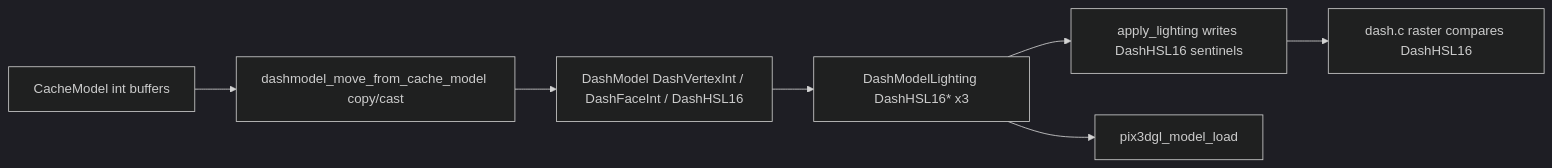
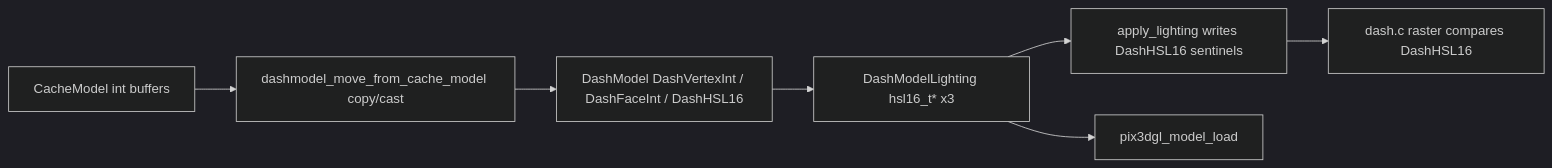
One commit to MRobertEvers/oldschool-clientc changed the diagram in .cursor/plans/dash_model_uint16_buffers_d3863a7b.plan.md. Above: the diagram before and after it, drawn with Mermaid (dark theme). The commit also changed other lines of this file and 14 other files, not shown here.

````diff
--- a/.cursor/plans/dash_model_uint16_buffers_d3863a7b.plan.md
+++ b/.cursor/plans/dash_model_uint16_buffers_d3863a7b.plan.md
@@ -164,16 +164,16 @@
 ```mermaid
 flowchart LR
   CacheModel_int["CacheModel int buffers"]
   Convert["dashmodel_move_from_cache_model copy/cast"]
   DashModel_u16["DashModel DashVertexInt / DashFaceInt / DashHSL16"]
-  DashModelLighting["DashModelLighting DashHSL16* x3"]
+  DashModelLighting["DashModelLighting hsl16_t* x3"]
   ApplyLight["apply_lighting writes DashHSL16 sentinels"]
   Raster["dash.c raster compares DashHSL16"]
   GL["pix3dgl_model_load"]
 
   CacheModel_int --> Convert --> DashModel_u16
   DashModel_u16 --> DashModelLighting
   DashModelLighting --> ApplyLight
   ApplyLight --> Raster
   DashModelLighting --> GL
 ```
````
